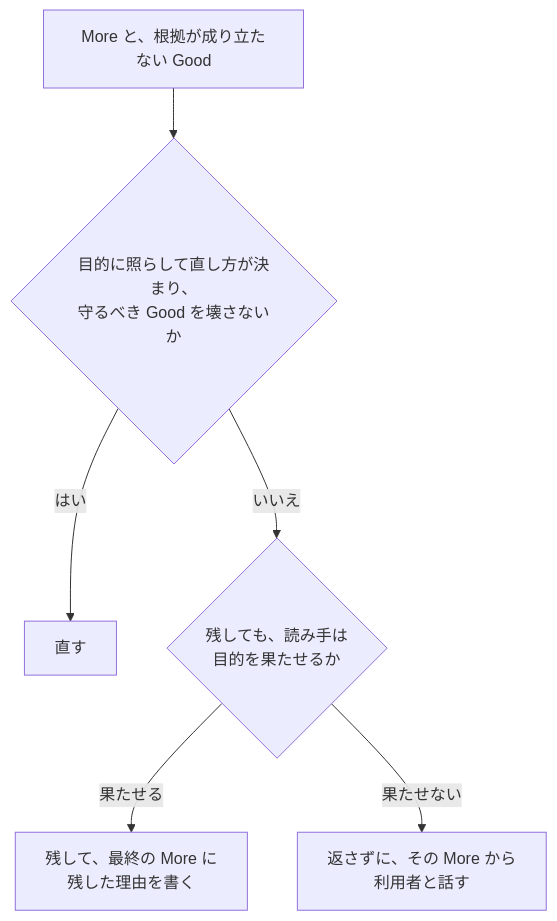
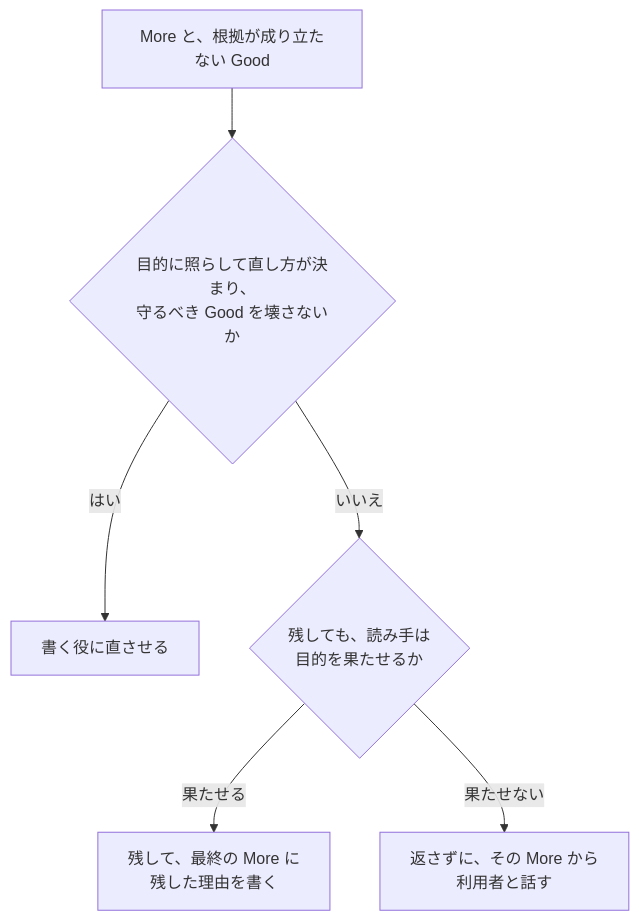
Before and after one commit to lovaizu/ccpm: the third of 4 diagrams in writ/docs/design.md, drawn with Mermaid. The commit also changed other lines of this file, not shown here.

````diff
--- a/writ/docs/design.md
+++ b/writ/docs/design.md
@@ -123,14 +135,14 @@
 ```mermaid
 flowchart TD
   M[More と、根拠が成り立たない Good]
   Q1{目的に照らして直し方が決まり、<br/>守るべき Good を壊さないか}
-  X[直す]
+  X[書く役に直させる]
   Q2{残しても、読み手は<br/>目的を果たせるか}
   L[残して、最終の More に<br/>残した理由を書く]
   B[返さずに、その More から<br/>利用者と話す]
   M --> Q1
   Q1 -->|はい| X
   Q1 -->|いいえ| Q2
   Q2 -->|果たせる| L
   Q2 -->|果たせない| B
 ```
````
